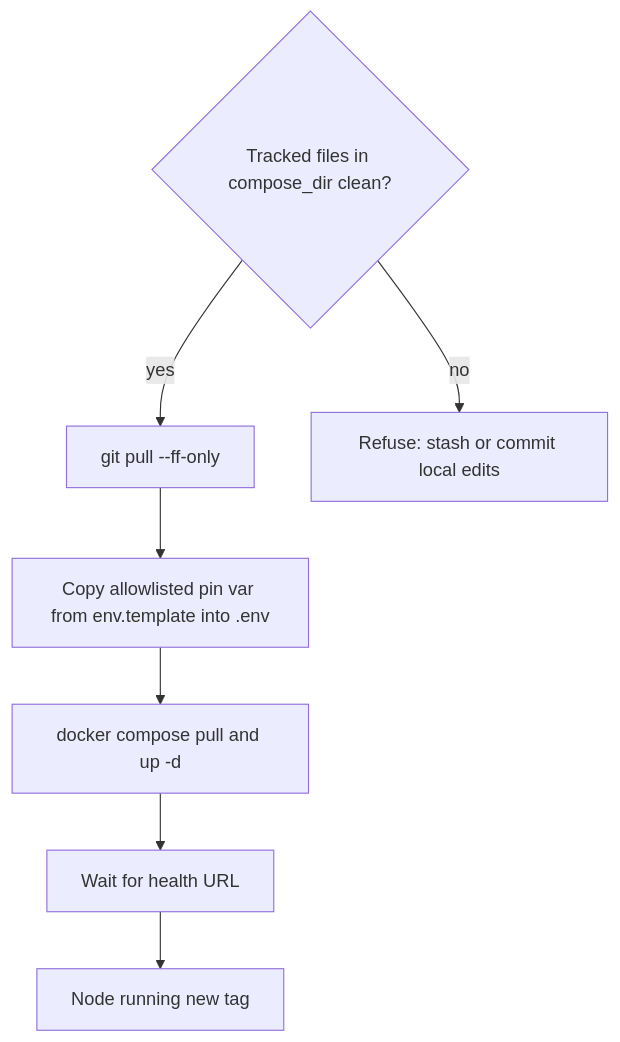
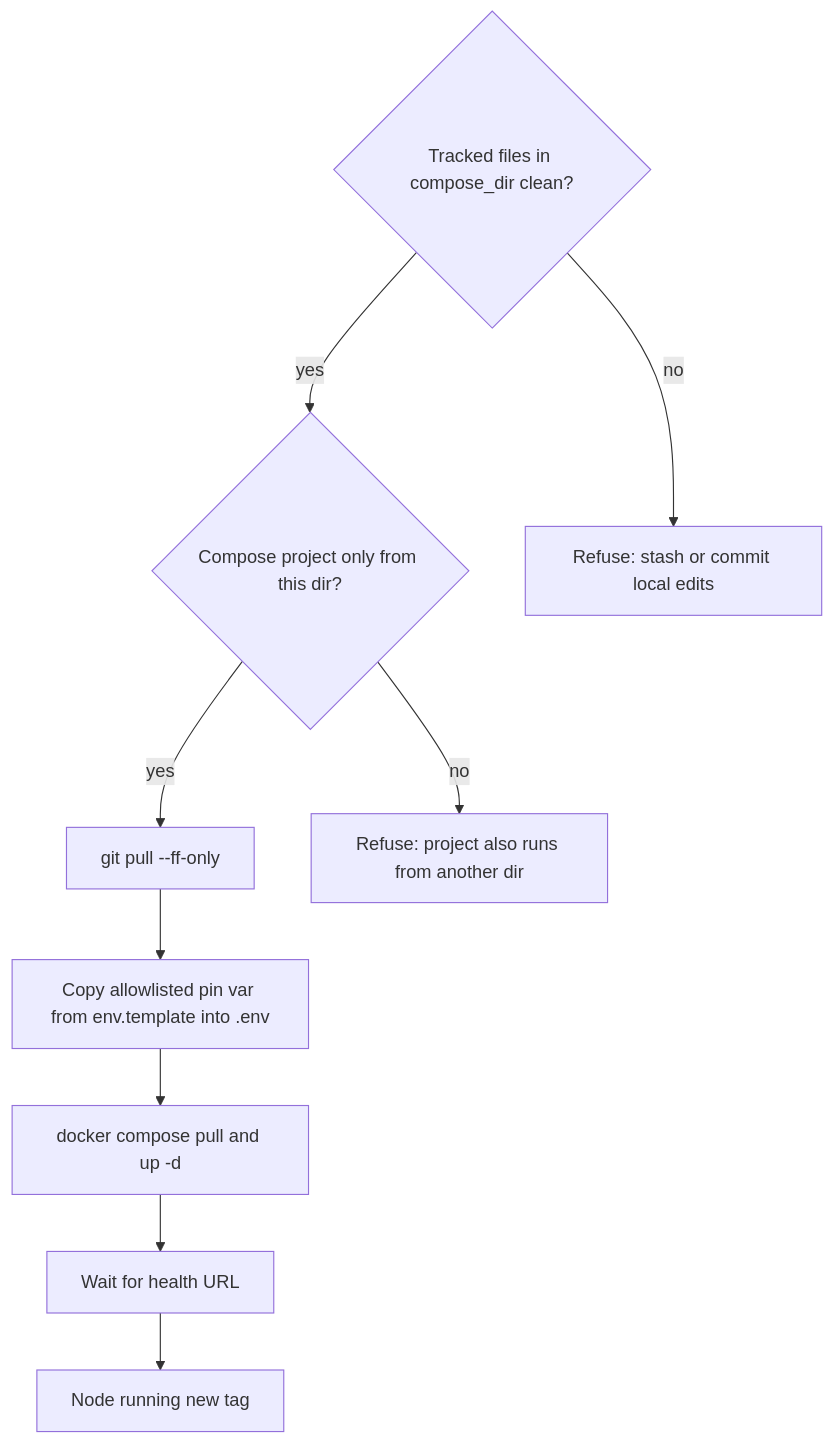
Before and after one commit to w3arise/blockchain-rpc-nodes: the fifth of 5 diagrams in AUTO_UPGRADES.md, drawn with Mermaid. The commit also changed other lines of this file and 5 other files, not shown here.

First line of the commit message:
Add gated pull-based host auto-apply for tag-only pins

````diff
--- a/AUTO_UPGRADES.md
+++ b/AUTO_UPGRADES.md
@@ -295,13 +295,17 @@
 ```mermaid
 flowchart TD
   clean{Tracked files in compose_dir clean?}
+  owner{Compose project only from this dir?}
   pull[git pull --ff-only]
   sync[Copy allowlisted pin var from env.template into .env]
   up[docker compose pull and up -d]
   health[Wait for health URL]
   done[Node running new tag]
   stop[Refuse: stash or commit local edits]
+  clash[Refuse: project also runs from another dir]
 
   clean -->|no| stop
-  clean -->|yes| pull --> sync --> up --> health --> done
+  clean -->|yes| owner
+  owner -->|no| clash
+  owner -->|yes| pull --> sync --> up --> health --> done
 ```
````
